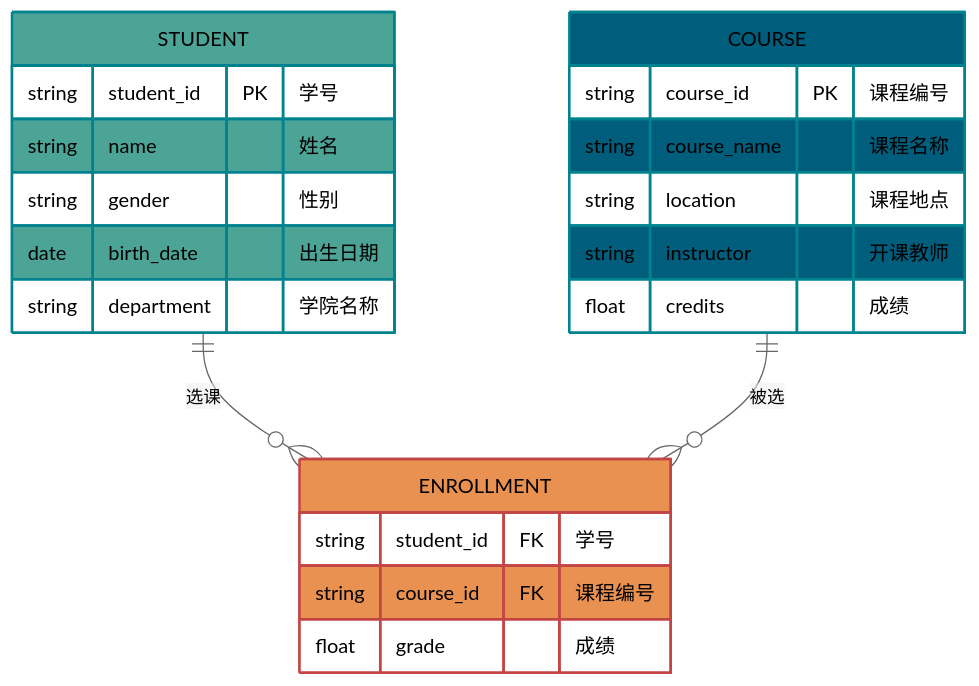
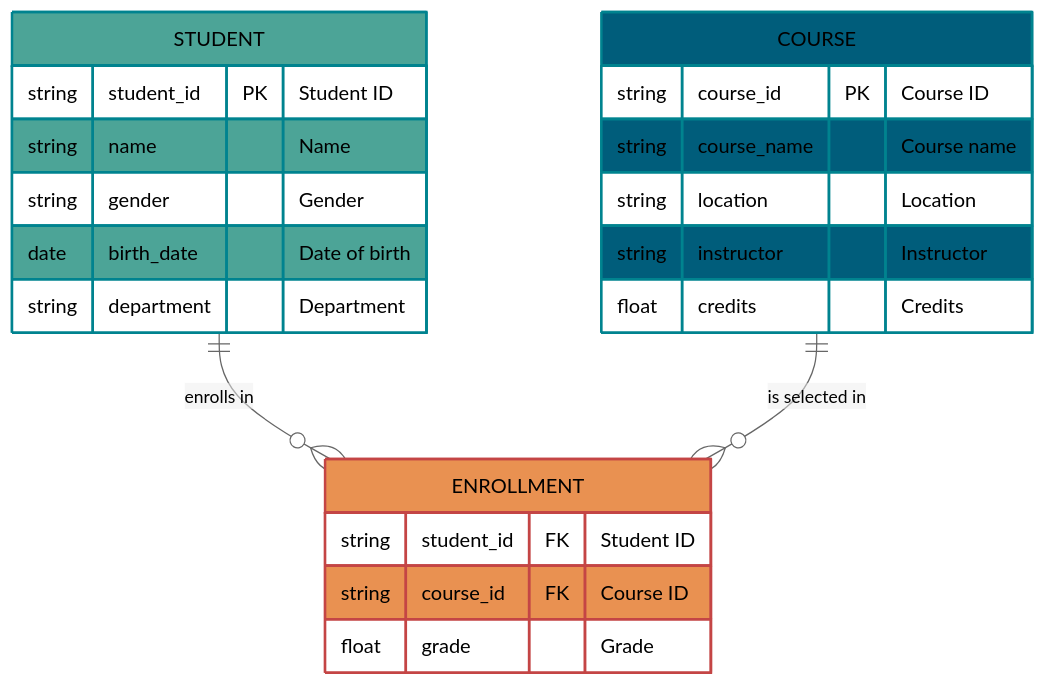
The third of 5 diagrams in docs/database/basis.md (m3h3d1/JavaGuideEn), drawn with Mermaid (neutral theme) before and after one commit. The commit also changed other lines of this file and 71 other files, not shown here.

````diff
--- a/docs/database/basis.md
+++ b/docs/database/basis.md
@@ -217,31 +217,31 @@
 ```mermaid
 erDiagram
     STUDENT {
-        string student_id PK "学号"
-        string name "姓名"
-        string gender "性别"
-        date birth_date "出生日期"
-        string department "学院名称"
+        string student_id PK "Student ID"
+        string name "Name"
+        string gender "Gender"
+        date birth_date "Date of birth"
+        string department "Department"
     }
 
     COURSE {
-        string course_id PK "课程编号"
-        string course_name "课程名称"
-        string location "课程地点"
-        string instructor "开课教师"
-        float credits "成绩"
+        string course_id PK "Course ID"
+        string course_name "Course name"
+        string location "Location"
+        string instructor "Instructor"
+        float credits "Credits"
     }
 
     ENROLLMENT {
-        string student_id FK "学号"
-        string course_id FK "课程编号"
-        float grade "成绩"
+        string student_id FK "Student ID"
+        string course_id FK "Course ID"
+        float grade "Grade"
     }
 
-    STUDENT ||--o{ ENROLLMENT : "选课"
-    COURSE ||--o{ ENROLLMENT : "被选"
+    STUDENT ||--o{ ENROLLMENT : "enrolls in"
+    COURSE ||--o{ ENROLLMENT : "is selected in"
 
     style STUDENT fill:#4CA497,stroke:#00838F,stroke-width:2px
     style COURSE fill:#005D7B,stroke:#00838F,stroke-width:2px
     style ENROLLMENT fill:#E99151,stroke:#C44545,stroke-width:2px
 ```
````
